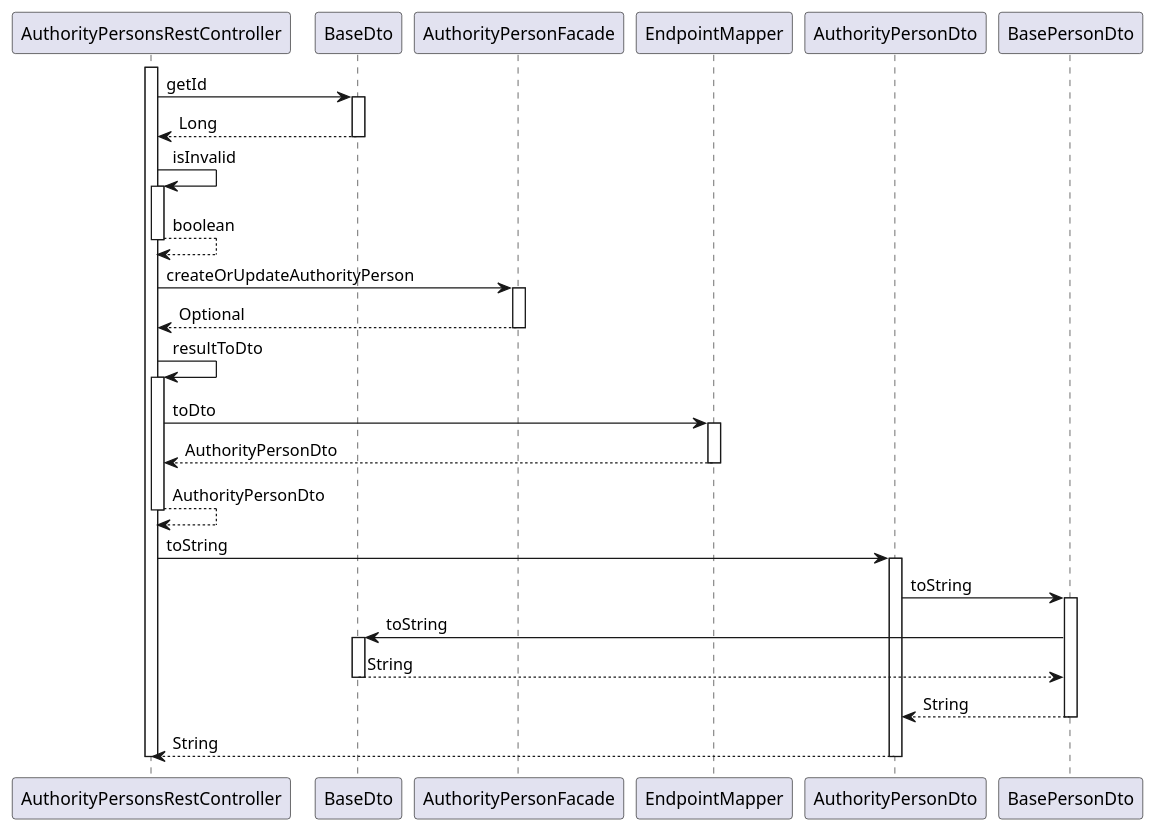
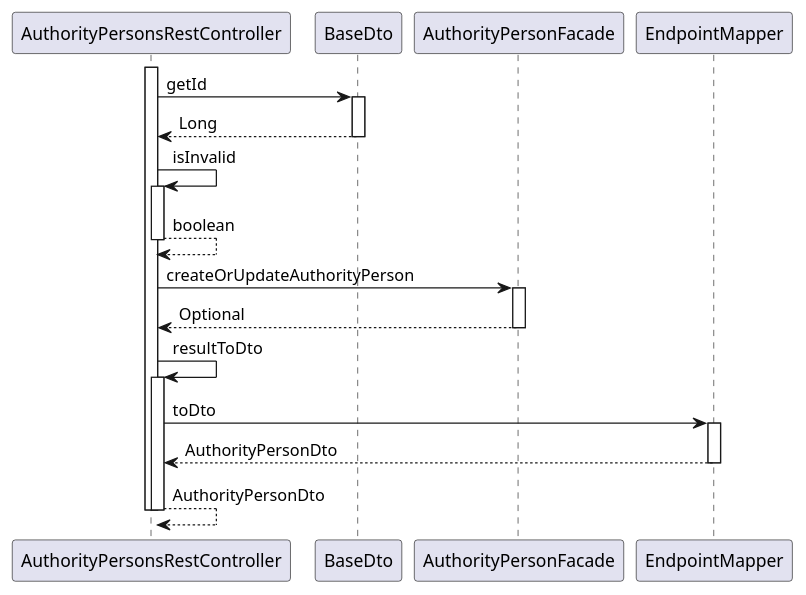
Before and after one commit to OlegSopilnyak/school-demo: the diagram in ingress/documentation/puml/sequence-diagrams/Organization.AuthorityPerson.updatePerson.puml, drawn with PlantUML. The commit also changed 4 other files, not shown here.

Commit message:
Added asciidoctor file for uml rendering (working version)

```diff
--- a/ingress/documentation/puml/sequence-diagrams/Organization.AuthorityPerson.updatePerson.puml
+++ b/ingress/documentation/puml/sequence-diagrams/Organization.AuthorityPerson.updatePerson.puml
@@ -3,45 +3,31 @@
 @startuml
 
 participant AuthorityPersonsRestController
 participant BaseDto
 participant AuthorityPersonFacade
 participant EndpointMapper
-participant AuthorityPersonDto
-participant BasePersonDto
 
 activate AuthorityPersonsRestController
 	AuthorityPersonsRestController -> BaseDto : getId
 	activate BaseDto
 		BaseDto --> AuthorityPersonsRestController : Long
 	deactivate BaseDto
 	AuthorityPersonsRestController -> AuthorityPersonsRestController : isInvalid
 	activate AuthorityPersonsRestController
 		AuthorityPersonsRestController --> AuthorityPersonsRestController : boolean
 	deactivate AuthorityPersonsRestController
 	AuthorityPersonsRestController -> AuthorityPersonFacade : createOrUpdateAuthorityPerson
 	activate AuthorityPersonFacade
 		AuthorityPersonFacade --> AuthorityPersonsRestController : Optional
 	deactivate AuthorityPersonFacade
 	AuthorityPersonsRestController -> AuthorityPersonsRestController : resultToDto
 	activate AuthorityPersonsRestController
 		AuthorityPersonsRestController -> EndpointMapper : toDto
 		activate EndpointMapper
 			EndpointMapper --> AuthorityPersonsRestController : AuthorityPersonDto
 		deactivate EndpointMapper
 		AuthorityPersonsRestController --> AuthorityPersonsRestController : AuthorityPersonDto
 	deactivate AuthorityPersonsRestController
-	AuthorityPersonsRestController -> AuthorityPersonDto : toString
-	activate AuthorityPersonDto
-		AuthorityPersonDto -> BasePersonDto : toString
-		activate BasePersonDto
-			BasePersonDto -> BaseDto : toString
-			activate BaseDto
-				BaseDto --> BasePersonDto : String
-			deactivate BaseDto
-			BasePersonDto --> AuthorityPersonDto : String
-		deactivate BasePersonDto
-		AuthorityPersonDto --> AuthorityPersonsRestController : String
-	deactivate AuthorityPersonDto
 deactivate AuthorityPersonsRestController
 
 @enduml
```
